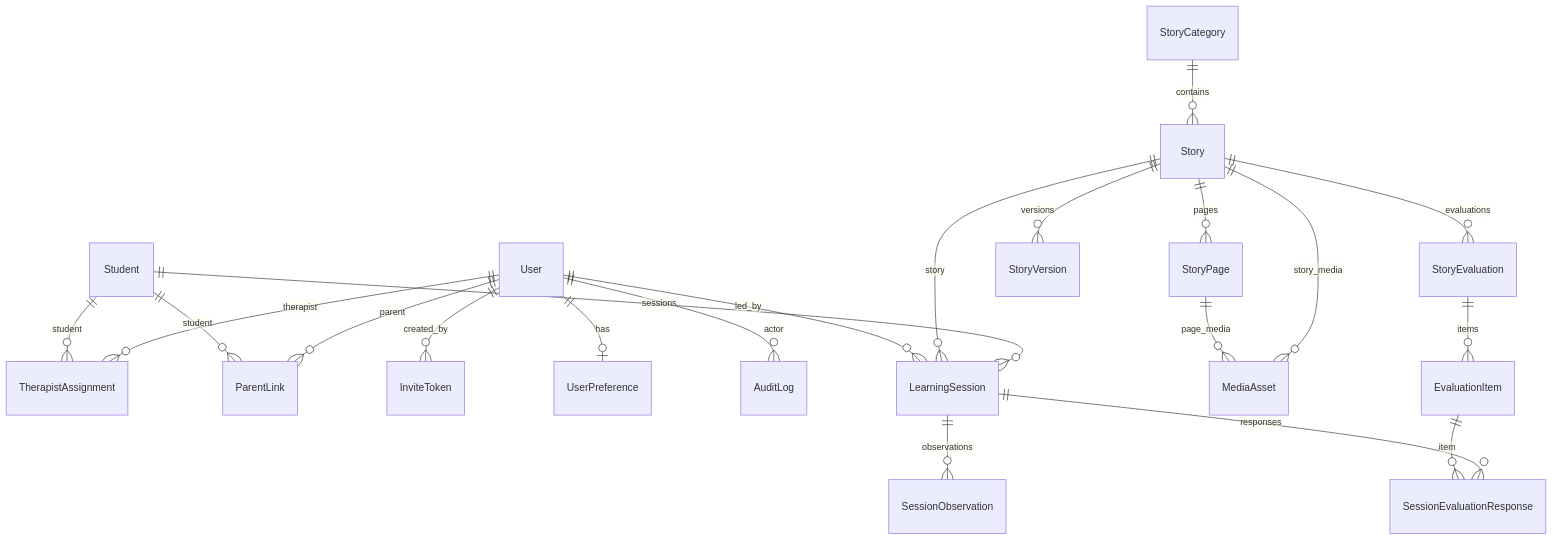
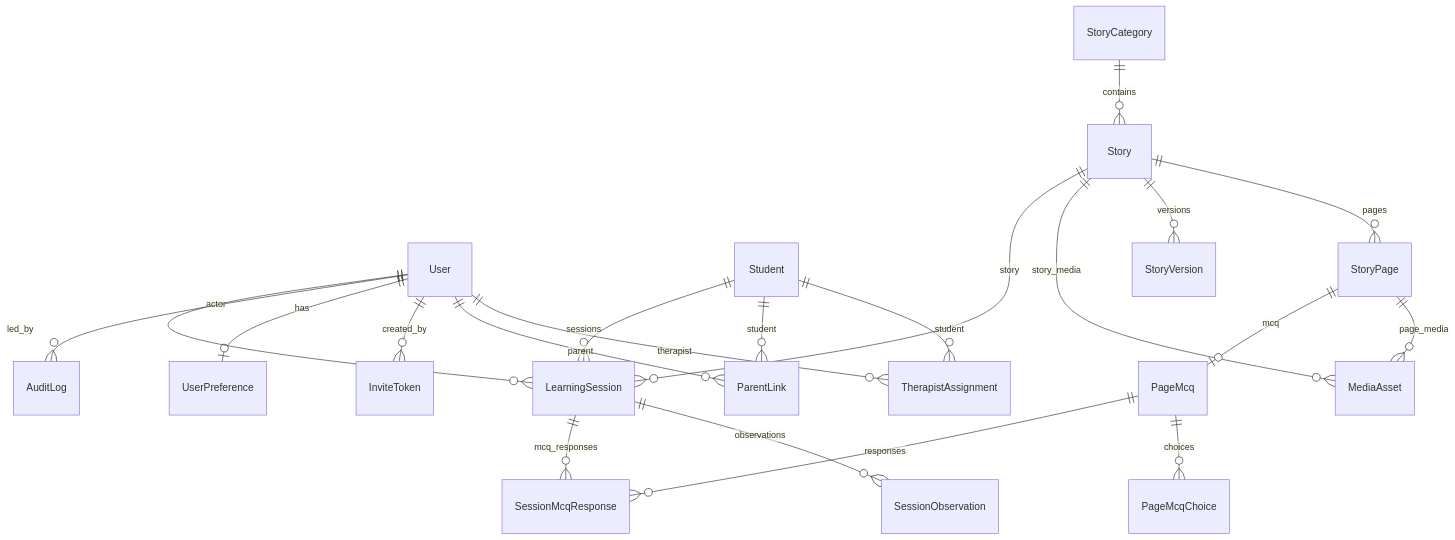
The diagram in docs/ERD.md (agungkurniawanfaisol/cermin-app), drawn with Mermaid before and after one commit. The commit also changed other lines of this file and 53 other files, not shown here.

First line of the commit message:
feat: page MCQ, hot-path perf indexes, and Phase 2 admin tools

````diff
--- a/docs/ERD.md
+++ b/docs/ERD.md
@@ -13,25 +13,25 @@
 ```mermaid
 erDiagram
   User ||--o{ TherapistAssignment : "therapist"
   Student ||--o{ TherapistAssignment : "student"
   User ||--o{ ParentLink : "parent"
   Student ||--o{ ParentLink : "student"
   User ||--o{ InviteToken : "created_by"
   User ||--o| UserPreference : "has"
   User ||--o{ AuditLog : "actor"
 
   StoryCategory ||--o{ Story : "contains"
   Story ||--o{ StoryPage : "pages"
   Story ||--o{ StoryVersion : "versions"
-  Story ||--o{ StoryEvaluation : "evaluations"
-  StoryEvaluation ||--o{ EvaluationItem : "items"
   Story ||--o{ MediaAsset : "story_media"
   StoryPage ||--o{ MediaAsset : "page_media"
+  StoryPage ||--o| PageMcq : "mcq"
+  PageMcq ||--o{ PageMcqChoice : "choices"
 
   Student ||--o{ LearningSession : "sessions"
   Story ||--o{ LearningSession : "story"
   User ||--o{ LearningSession : "led_by"
   LearningSession ||--o{ SessionObservation : "observations"
-  LearningSession ||--o{ SessionEvaluationResponse : "responses"
-  EvaluationItem ||--o{ SessionEvaluationResponse : "item"
+  LearningSession ||--o{ SessionMcqResponse : "mcq_responses"
+  PageMcq ||--o{ SessionMcqResponse : "responses"
 ```
````
